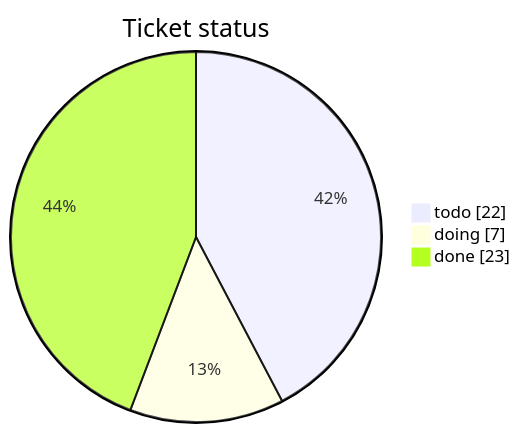
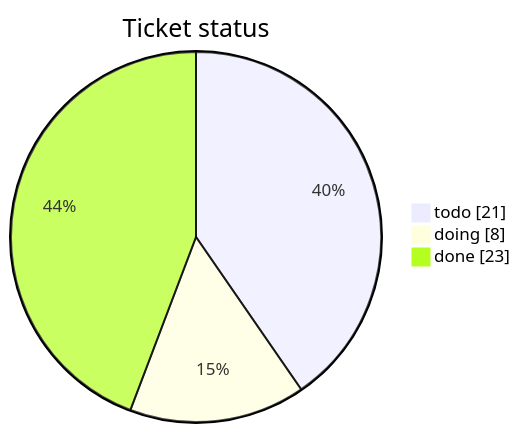
The first of 3 diagrams in tickets/TICKETS.md (mohamed-soubhi/bootlab-esp), drawn with Mermaid before and after one commit. The commit also changed other lines of this file and 5 other files, not shown here.

````diff
--- a/tickets/TICKETS.md
+++ b/tickets/TICKETS.md
@@ -14,6 +14,6 @@
 ```mermaid
 pie showData title Ticket status
-    "todo" : 22
-    "doing" : 7
+    "todo" : 21
+    "doing" : 8
     "done" : 23
 ```
````
